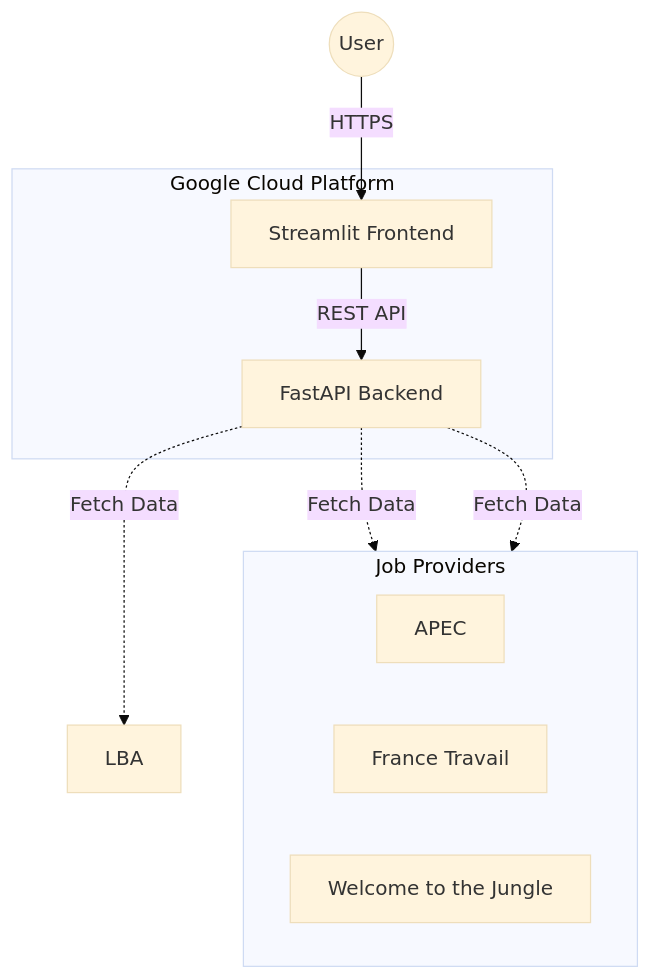
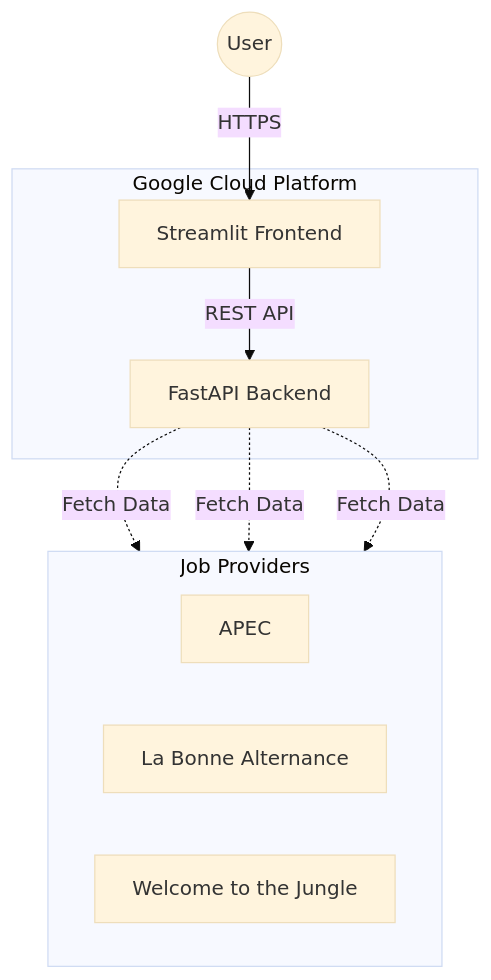
Before and after one commit to LoicCK/JobNexus: the diagram in README.md, drawn with Mermaid (base theme).

Commit message:
Update job provider name from FT to LBA

````diff
--- a/README.md
+++ b/README.md
@@ -5,23 +5,23 @@
 ```mermaid
 graph TD
     User((User))
     
     subgraph GCP [Google Cloud Platform]
         Frontend[Streamlit Frontend]
         Backend[FastAPI Backend]
     end
 
     subgraph Providers [Job Providers]
         direction LR
         APEC
-        FT[France Travail]
+        LBA[La Bonne Alternance]
         WTTJ[Welcome to the Jungle]
     end
 
     User -- HTTPS --> Frontend
     Frontend -- REST API --> Backend
     
     Backend -. Fetch Data .-> APEC
     Backend -. Fetch Data .-> LBA
     Backend -. Fetch Data .-> WTTJ
 ```
````
